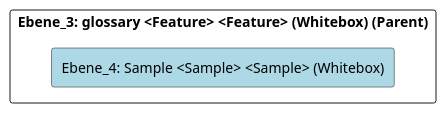
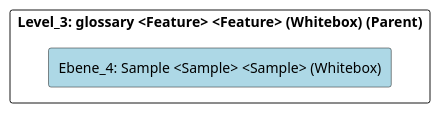
One commit to marcozwyssig/cleon changed the diagram in doc/cleonproject_deliverables_architecture_model_architecture/adoc/de/05_bausteinsicht/cleon/common/glossary/sample/ebene_4_sample.adoc. Above: the diagram before and after it, drawn with PlantUML. The commit also changed other lines of this file and 169 other files, not shown here.

```diff
--- a/doc/cleonproject_deliverables_architecture_model_architecture/adoc/de/05_bausteinsicht/cleon/common/glossary/sample/ebene_4_sample.adoc
+++ b/doc/cleonproject_deliverables_architecture_model_architecture/adoc/de/05_bausteinsicht/cleon/common/glossary/sample/ebene_4_sample.adoc
@@ -20,24 +20,24 @@
 [plantuml, Ebene_4: Sample <Sample> <Sample> (Whitebox)BlockOverview, format="svg"]
 ----
 @startuml Ebene_4: Sample <Sample> <Sample> (Whitebox)BuildingBlockOverview
 
 skinparam ranksep 10
 skinparam componentStyle rectangle
 skinparam shadowing false
 skinparam arrowColor lightblue
 skinparam arrowThickness 1.2
 skinparam rectangle {
   BackgroundColor White
   BorderColor #333
   RoundCorner 10
 }
 top to bottom direction
 
-component "Ebene_3: glossary <Feature> <Feature> (Whitebox) (Parent)" {
+component "Level_3: glossary <Feature> <Feature> (Whitebox) (Parent)" {
     component "Ebene_4: Sample <Sample> <Sample> (Whitebox)" #lightblue {
     }
 
 }
 
 @enduml
 ----
```
